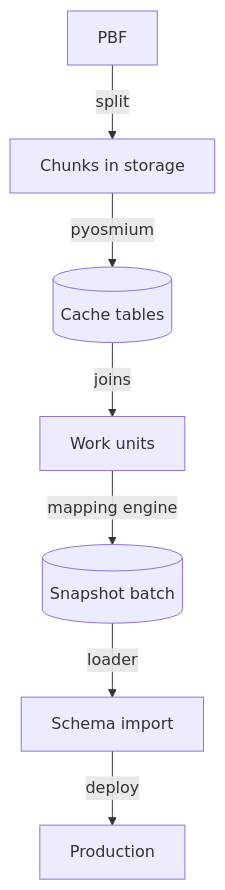
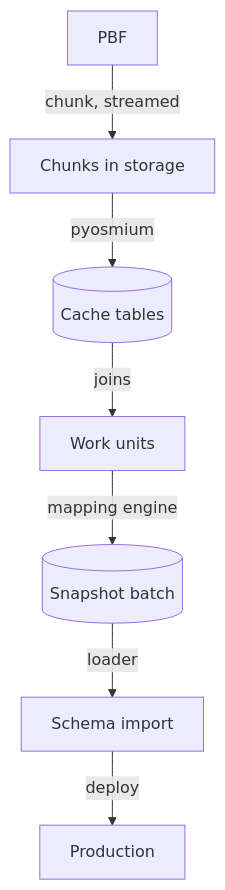
Before and after one commit to johngian/osm-spark-import: the second of 5 diagrams in docs/design.md, drawn with Mermaid. The commit also changed other lines of this file and 20 other files, not shown here.

First line of the commit message:
Chunk PBFs into storage, lock the writer, maintain the cache

````diff
--- a/docs/design.md
+++ b/docs/design.md
@@ -68,9 +68,9 @@
 ```mermaid
 flowchart TB
-    a[PBF] -->|split| b[Chunks in storage]
+    a[PBF] -->|chunk, streamed| b[Chunks in storage]
     b -->|pyosmium| c[(Cache tables)]
     c -->|joins| d[Work units]
     d -->|mapping engine| e[(Snapshot batch)]
     e -->|loader| f[Schema import]
     f -->|deploy| g[Production]
 ```
````
